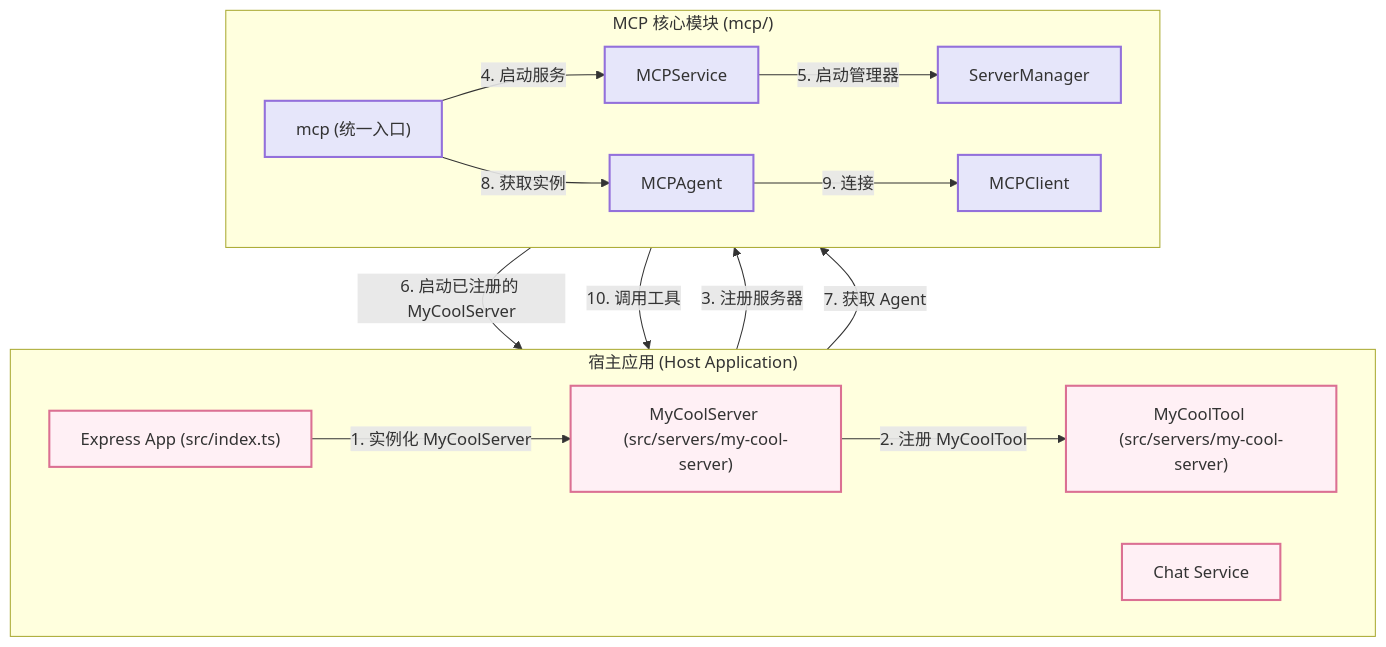
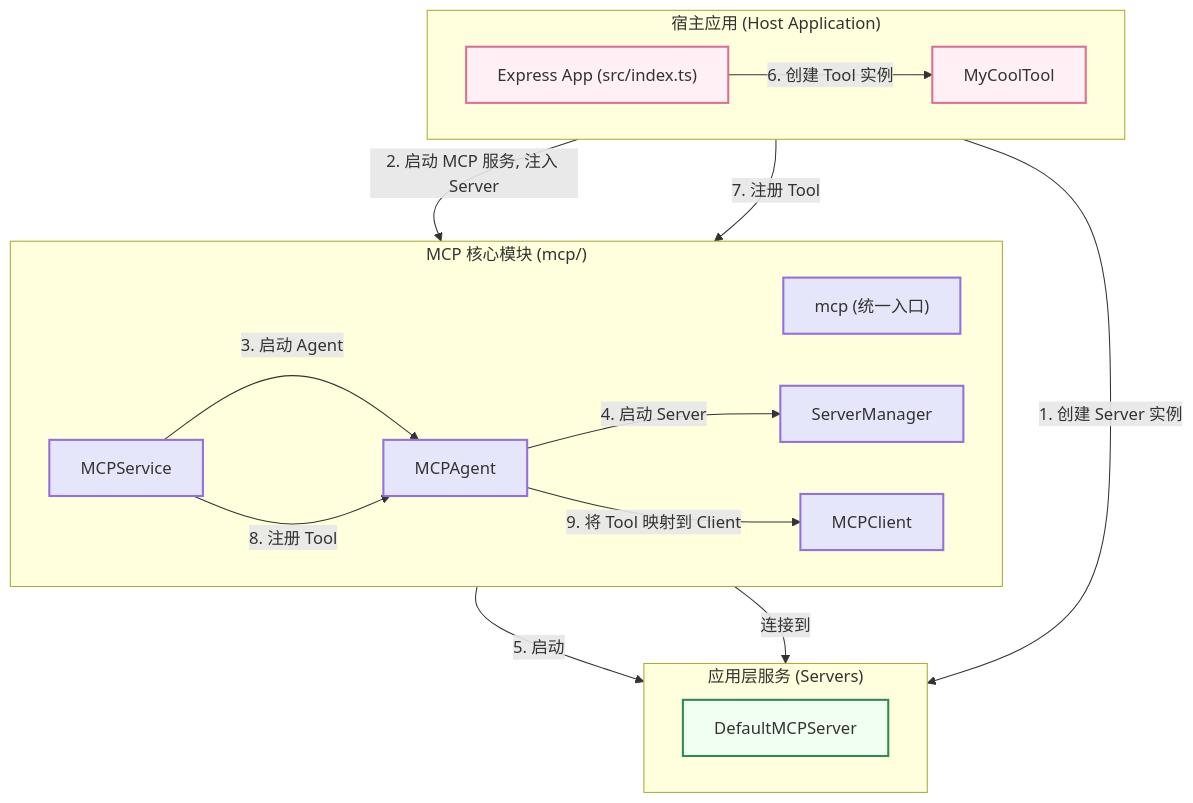
Before and after one commit to seemrcola/bot-server: the diagram in src/mcp/README.md, drawn with Mermaid. The commit also changed other lines of this file and 14 other files, not shown here.

````diff
--- a/src/mcp/README.md
+++ b/src/mcp/README.md
@@ -16,36 +16,43 @@
 ```mermaid
 graph TD;
     subgraph "宿主应用 (Host Application)"
         direction LR
         App["Express App (src/index.ts)"]
-        ChatService["Chat Service"]
-        MyServer["MyCoolServer (src/servers/my-cool-server)"]
-        MyTool["MyCoolTool (src/servers/my-cool-server)"]
+        MyTool["MyCoolTool"]
     end
 
     subgraph "MCP 核心模块 (mcp/)"
         direction LR
         MCP["mcp (统一入口)"]
         MCPService["MCPService"]
         MCPAgent["MCPAgent"]
         ServerManager["ServerManager"]
         MCPClient["MCPClient"]
     end
+
+    subgraph "应用层服务 (Servers)"
+      direction LR
+      MyServer["DefaultMCPServer"]
+    end
     
-    App -- "1. 实例化 MyCoolServer" --> MyServer
-    MyServer -- "2. 注册 MyCoolTool" --> MyTool
-    App -- "3. 注册服务器" --> MCP
-    MCP -- "4. 启动服务" --> MCPService
-    MCPService -- "5. 启动管理器" --> ServerManager
-    ServerManager -- "6. 启动已注册的 MyCoolServer" --> MyServer
-    ChatService -- "7. 获取 Agent" --> MCP
-    MCP -- "8. 获取实例" --> MCPAgent
-    MCPAgent -- "9. 连接" --> MCPClient
-    MCPClient -- "10. 调用工具" --> MyServer
+    App -- "1. 创建 Server 实例" --> MyServer
+    App -- "2. 启动 MCP 服务, 注入 Server" --> MCPService
+    MCPService -- "3. 启动 Agent" --> MCPAgent
+    MCPAgent -- "4. 启动 Server" --> ServerManager
+    ServerManager -- "5. 启动" --> MyServer
+    
+    App -- "6. 创建 Tool 实例" --> MyTool
+    App -- "7. 注册 Tool" --> MCPService
+    MCPService -- "8. 注册 Tool" --> MCPAgent
+
+    MCPAgent -- "9. 将 Tool 映射到 Client" --> MCPClient
+    MCPClient -- "连接到" --> MyServer
     
     classDef host fill:#FFF0F5,stroke:#DB7093,stroke-width:2px;
     classDef core fill:#E6E6FA,stroke:#9370DB,stroke-width:2px;
+    classDef servers fill:#F0FFF0,stroke:#2E8B57,stroke-width:2px;
 
-    class App,ChatService,MyServer,MyTool host;
+    class App,MyTool host;
     class MCP,MCPService,MCPAgent,ServerManager,MCPClient core;
+    class MyServer servers;
 ```
````
